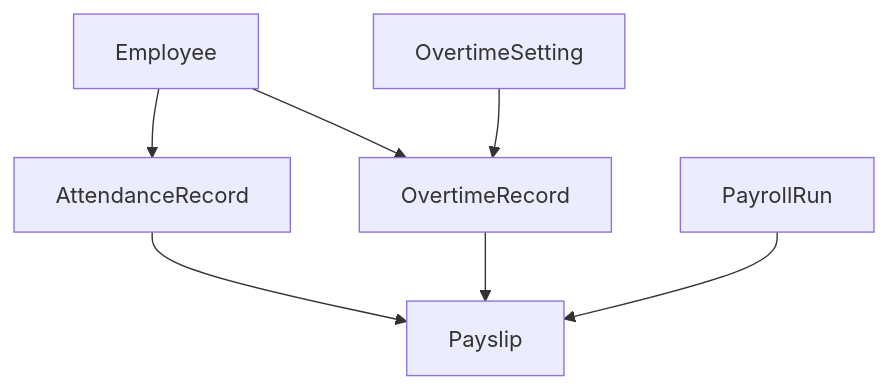
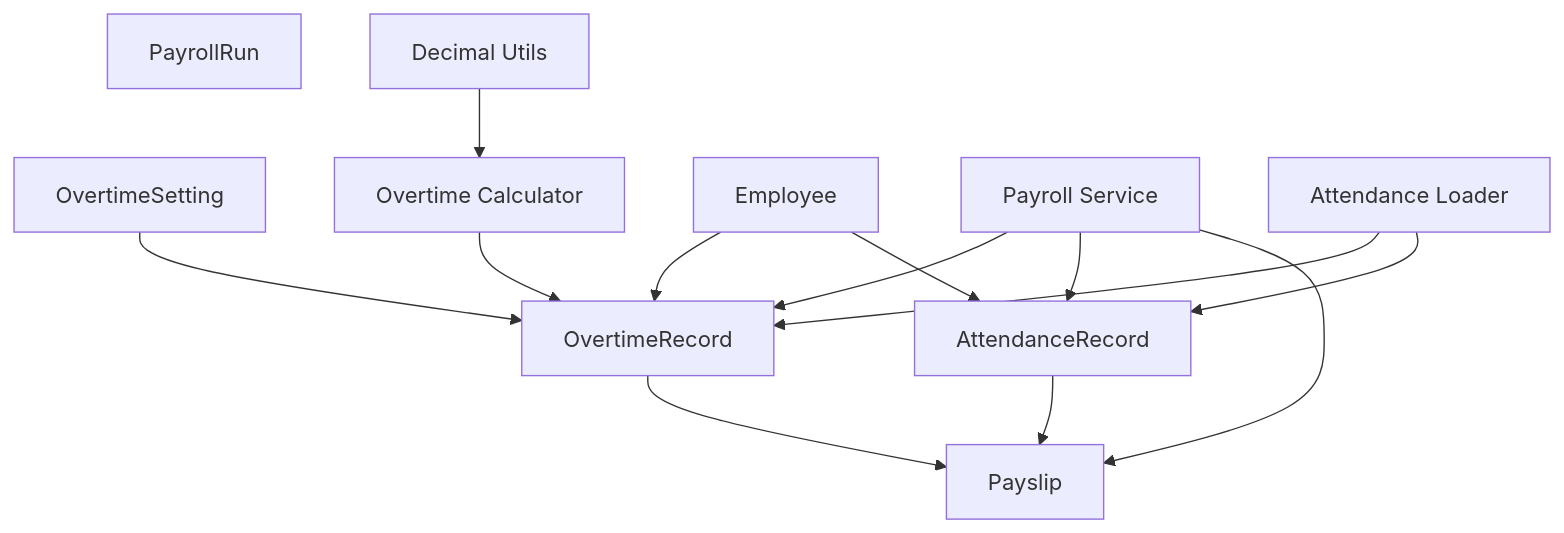
Before and after one commit to bikinaplikasipakeqoder-dot/payroll-hris: the second of 8 diagrams in .qoder/repowiki/en/content/Attendance & Overtime.md, drawn with Mermaid. The commit also changed other lines of this file and 22 other files, not shown here.

````diff
--- a/.qoder/repowiki/en/content/Attendance & Overtime.md
+++ b/.qoder/repowiki/en/content/Attendance & Overtime.md
@@ -143,15 +185,25 @@
 ```mermaid
 graph TB
 AttRec["AttendanceRecord"]
 OTRec["OvertimeRecord"]
 OTSet["OvertimeSetting"]
+OTCalc["Overtime Calculator"]
 Emp["Employee"]
 PayRun["PayrollRun"]
 Payslip["Payslip"]
+PayrollSvc["Payroll Service"]
+AttLoader["Attendance Loader"]
+DecimalUtils["Decimal Utils"]
 Emp --> AttRec
 Emp --> OTRec
 OTSet --> OTRec
+OTCalc --> OTRec
 AttRec --> Payslip
 OTRec --> Payslip
-PayRun --> Payslip
+PayrollSvc --> Payslip
+PayrollSvc --> AttRec
+PayrollSvc --> OTRec
+AttLoader --> AttRec
+AttLoader --> OTRec
+DecimalUtils --> OTCalc
 ```
````
